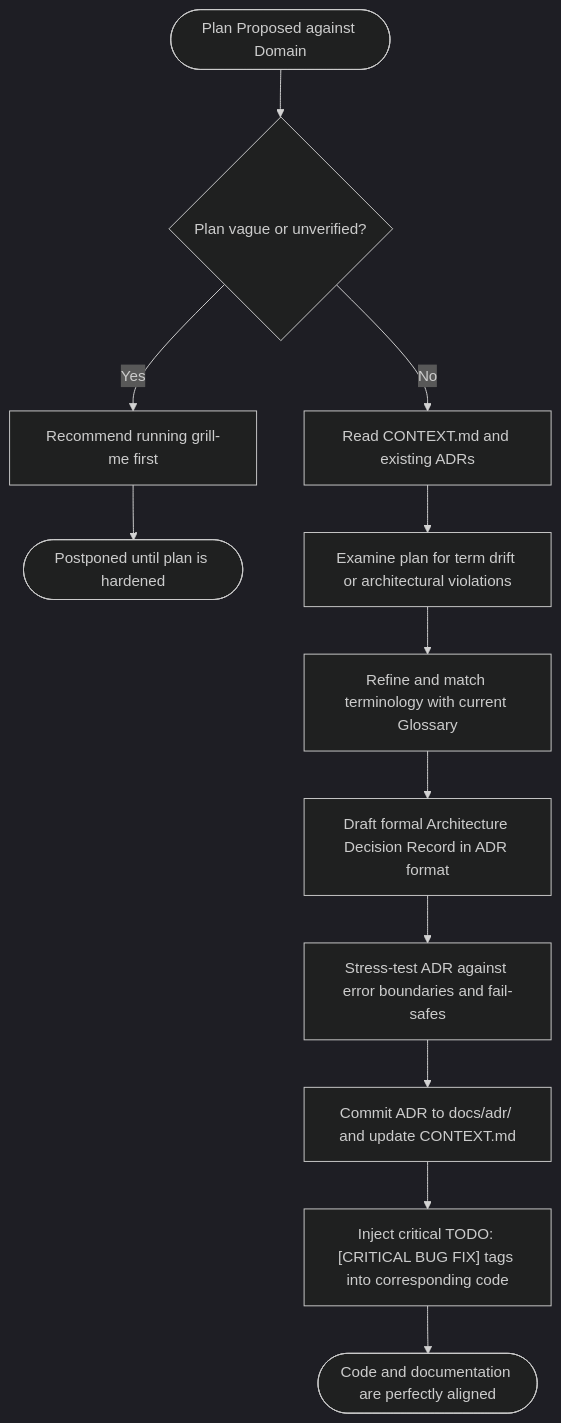
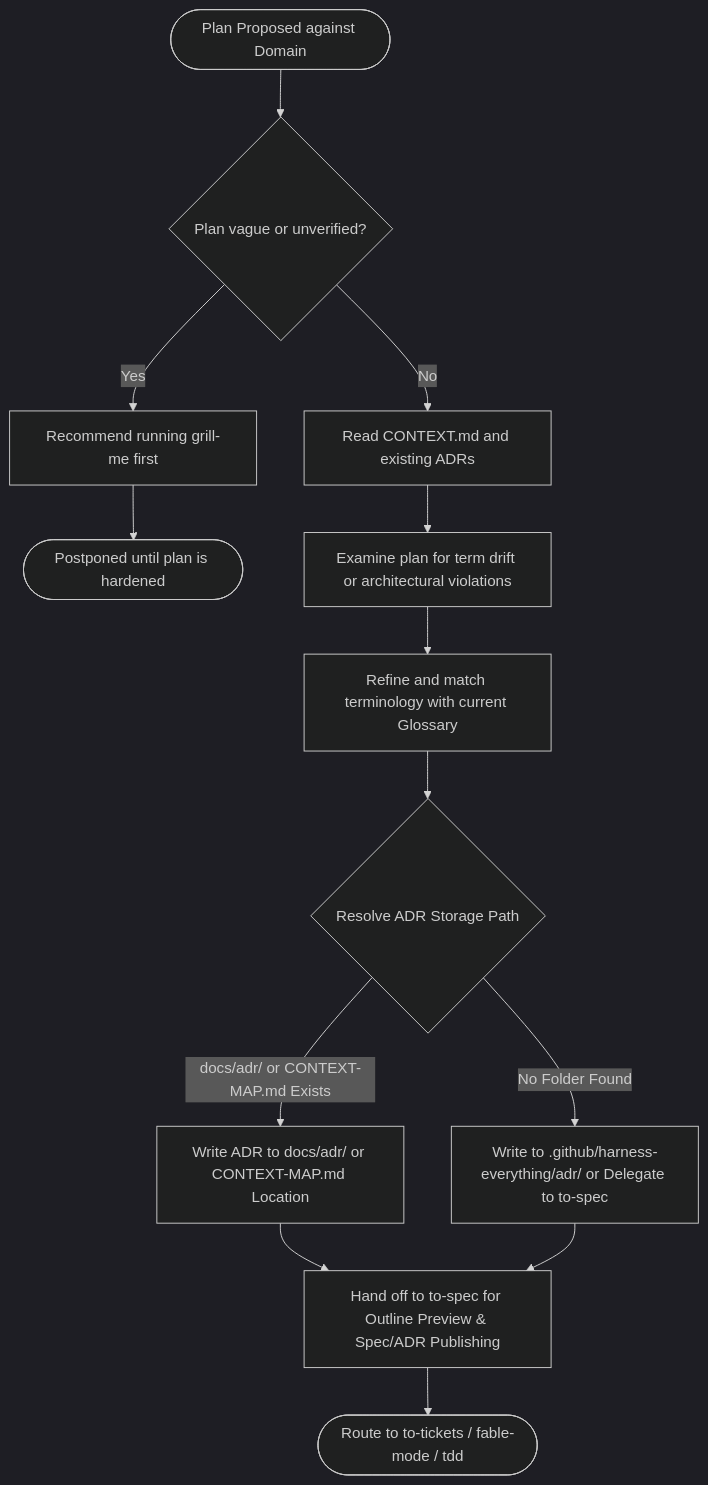
The first of 3 diagrams in docs/workflows/grill-with-docs.md (dyphn1/Harness-everything), drawn with Mermaid (dark theme) before and after one commit. The commit also changed 54 other files, not shown here.

````diff
--- a/docs/workflows/grill-with-docs.md
+++ b/docs/workflows/grill-with-docs.md
@@ -11,14 +11,17 @@
 ```mermaid
 graph TD
   Start([Plan Proposed against Domain]) --> CheckCoreValidity{Plan vague or unverified?}
   CheckCoreValidity -->|Yes| RecommendGrillMe["Recommend running grill-me first"]
   CheckCoreValidity -->|No| ReadDomainModel["Read CONTEXT.md and existing ADRs"]
   RecommendGrillMe --> EndVague([Postponed until plan is hardened])
   ReadDomainModel --> ChallengeDrift["Examine plan for term drift or architectural violations"]
   ChallengeDrift --> UpdateGlossary["Refine and match terminology with current Glossary"]
-  UpdateGlossary --> DraftADR["Draft formal Architecture Decision Record in ADR format"]
-  DraftADR --> StressTestADR["Stress-test ADR against error boundaries and fail-safes"]
-  StressTestADR --> WriteDocs["Commit ADR to docs/adr/ and update CONTEXT.md"]
-  WriteDocs --> InjectTodos["Inject critical TODO: [CRITICAL BUG FIX] tags into corresponding code"]
-  InjectTodos --> End([Code and documentation are perfectly aligned])
+  UpdateGlossary --> ResolveADRPath{Resolve ADR Storage Path}
+  
+  ResolveADRPath -->|docs/adr/ or CONTEXT-MAP.md Exists| WriteDocs["Write ADR to docs/adr/ or CONTEXT-MAP.md Location"]
+  ResolveADRPath -->|No Folder Found| WritePlatform["Write to .github/harness-everything/adr/ or Delegate to to-spec"]
+  
+  WriteDocs --> ToSpec["Hand off to to-spec for Outline Preview & Spec/ADR Publishing"]
+  WritePlatform --> ToSpec
+  ToSpec --> End([Route to to-tickets / fable-mode / tdd])
 ```
````
